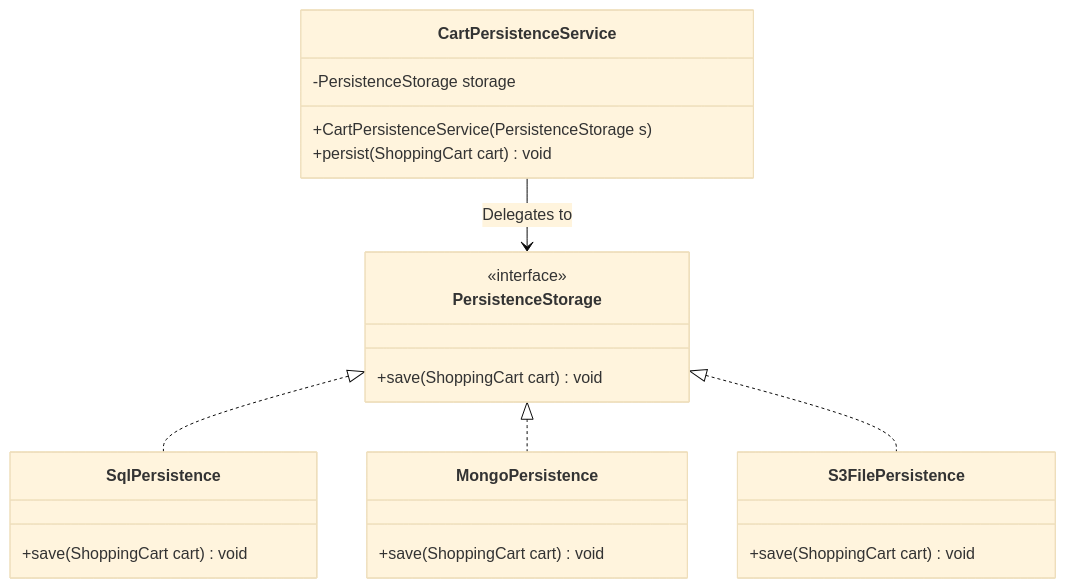
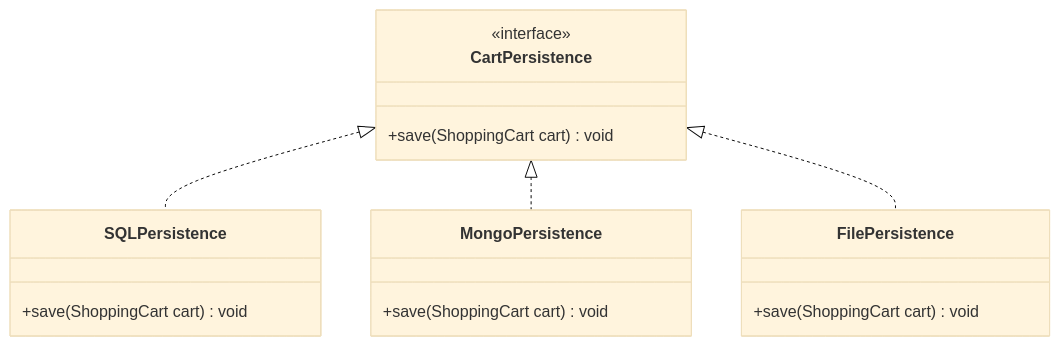
The third of 5 diagrams in 04-OOPs-and-Design-Patterns/02-SOLID-Principles/05-SOLID-Design-Principles-Part-1.md (rohithgowda18/Notes), drawn with Mermaid (base theme) before and after one commit. The commit also changed other lines of this file and 30 other files, not shown here.

````diff
--- a/04-OOPs-and-Design-Patterns/02-SOLID-Principles/05-SOLID-Design-Principles-Part-1.md
+++ b/04-OOPs-and-Design-Patterns/02-SOLID-Principles/05-SOLID-Design-Principles-Part-1.md
@@ -201,26 +200,23 @@
 ```mermaid
 classDiagram
-    class PersistenceStorage {
+    class CartPersistence {
         <<interface>>
         +save(ShoppingCart cart) void
     }
-    class SqlPersistence {
+
+    class SQLPersistence {
         +save(ShoppingCart cart) void
     }
+
     class MongoPersistence {
         +save(ShoppingCart cart) void
     }
-    class S3FilePersistence {
+
+    class FilePersistence {
         +save(ShoppingCart cart) void
     }
-    class CartPersistenceService {
-        -PersistenceStorage storage
-        +CartPersistenceService(PersistenceStorage s)
-        +persist(ShoppingCart cart) void
-    }
 
-    PersistenceStorage <|.. SqlPersistence
-    PersistenceStorage <|.. MongoPersistence
-    PersistenceStorage <|.. S3FilePersistence
-    CartPersistenceService --> PersistenceStorage : Delegates to
+    CartPersistence <|.. SQLPersistence
+    CartPersistence <|.. MongoPersistence
+    CartPersistence <|.. FilePersistence
 ```
````
